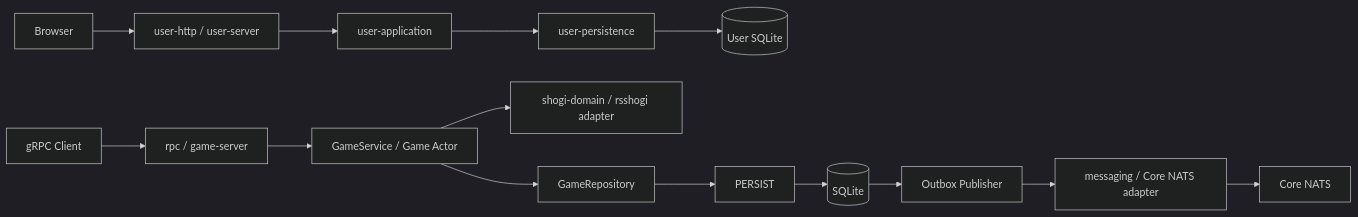
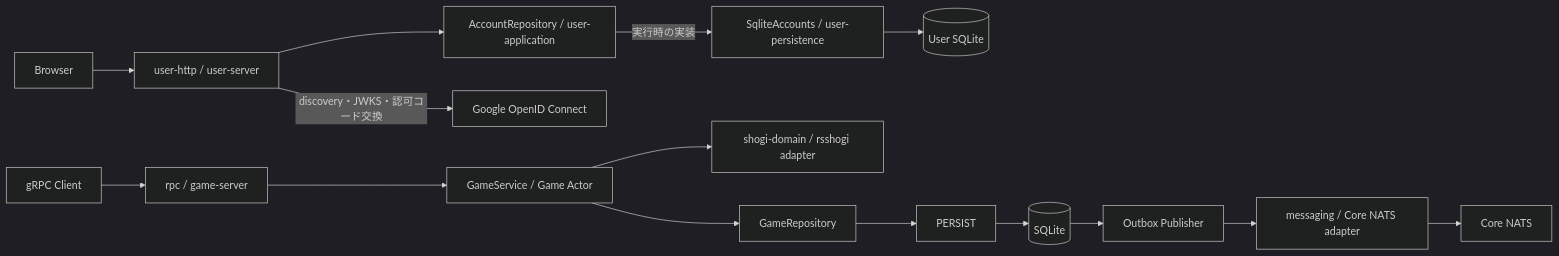
One commit to take44444/shogi-backend changed the first of 6 diagrams in docs/design/architecture.md. Above: the diagram before and after it, drawn with Mermaid (dark theme). The commit also changed other lines of this file and 3 other files, not shown here.

````diff
--- a/docs/design/architecture.md
+++ b/docs/design/architecture.md
@@ -29,16 +31,17 @@
 ```mermaid
 flowchart LR
   C[gRPC Client] --> RPC[rpc / game-server]
   WEB[Browser] --> HTTP[user-http / user-server]
-  HTTP --> USERS[user-application]
-  USERS --> UP[user-persistence]
+  HTTP --> UR[AccountRepository / user-application]
+  UR -->|実行時の実装| UP[SqliteAccounts / user-persistence]
   UP --> UDB[(User SQLite)]
+  HTTP -->|discovery・JWKS・認可コード交換| GOOGLE[Google OpenID Connect]
   RPC --> APP[GameService / Game Actor]
   APP --> DOMAIN[shogi-domain / rsshogi adapter]
   APP --> GR[GameRepository]
   GR --> PERSIST
   PERSIST --> DB[(SQLite)]
   DB --> OUT[Outbox Publisher]
   OUT --> MSG[messaging / Core NATS adapter]
   MSG --> NATS[Core NATS]
 ```
````
